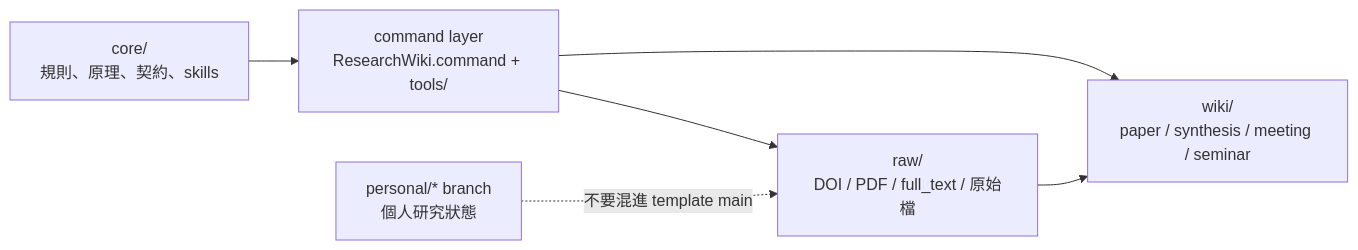
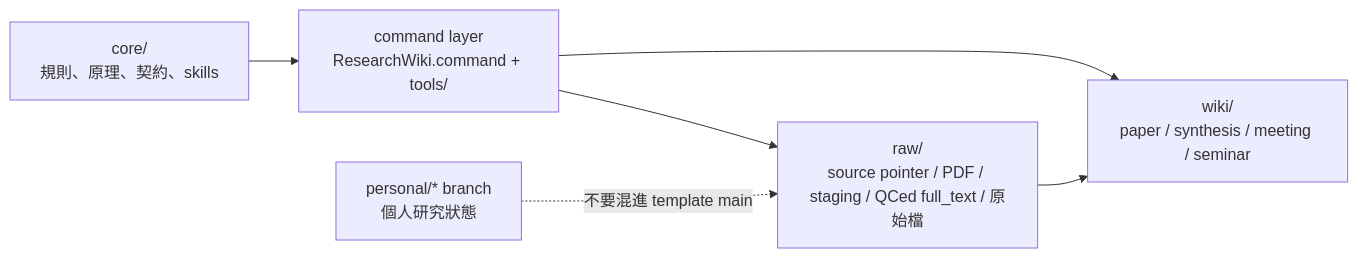
The second of 2 diagrams in README.zh-TW.md (ChenHau-Lan/ResearchWiki), drawn with Mermaid before and after one commit. The commit also changed other lines of this file and 25 other files, not shown here.

Commit message:
Implement source-first full text intake

````diff
--- a/README.zh-TW.md
+++ b/README.zh-TW.md
@@ -87,8 +75,8 @@
 ```mermaid
 flowchart LR
     CORE["core/<br/>規則、原理、契約、skills"] --> CMD["command layer<br/>ResearchWiki.command + tools/"]
-    RAW["raw/<br/>DOI / PDF / full_text / 原始檔"] --> WIKI["wiki/<br/>paper / synthesis / meeting / seminar"]
+    RAW["raw/<br/>source pointer / PDF / staging / QCed full_text / 原始檔"] --> WIKI["wiki/<br/>paper / synthesis / meeting / seminar"]
     CMD --> RAW
     CMD --> WIKI
     PERSONAL["personal/* branch<br/>個人研究狀態"] -. "不要混進 template main" .-> RAW
 ```
````
